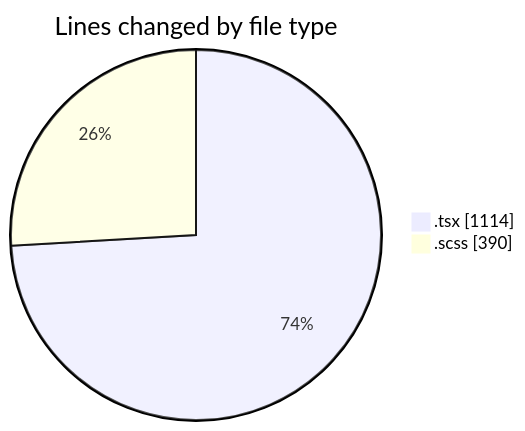
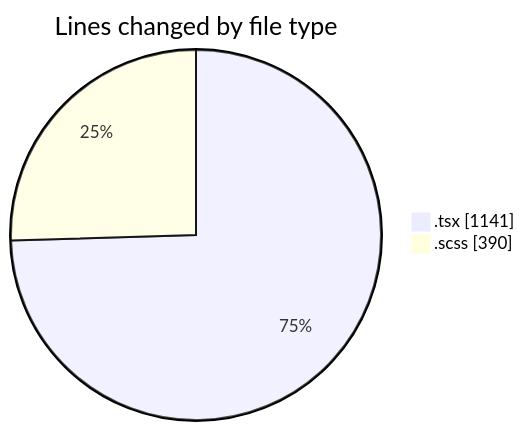
One commit to momahboobian/code-tracking changed the first of 2 diagrams in 2026-08-26/cda/README.md. Above: the diagram before and after it, drawn with Mermaid. The commit also changed other lines of this file and 1 other file, not shown here.

````diff
--- a/2026-08-26/cda/README.md
+++ b/2026-08-26/cda/README.md
@@ -29,6 +29,6 @@
 ```mermaid
 pie showData
 title Lines changed by file type
-".tsx" : 1114
+".tsx" : 1141
 ".scss" : 390
 ```
````
